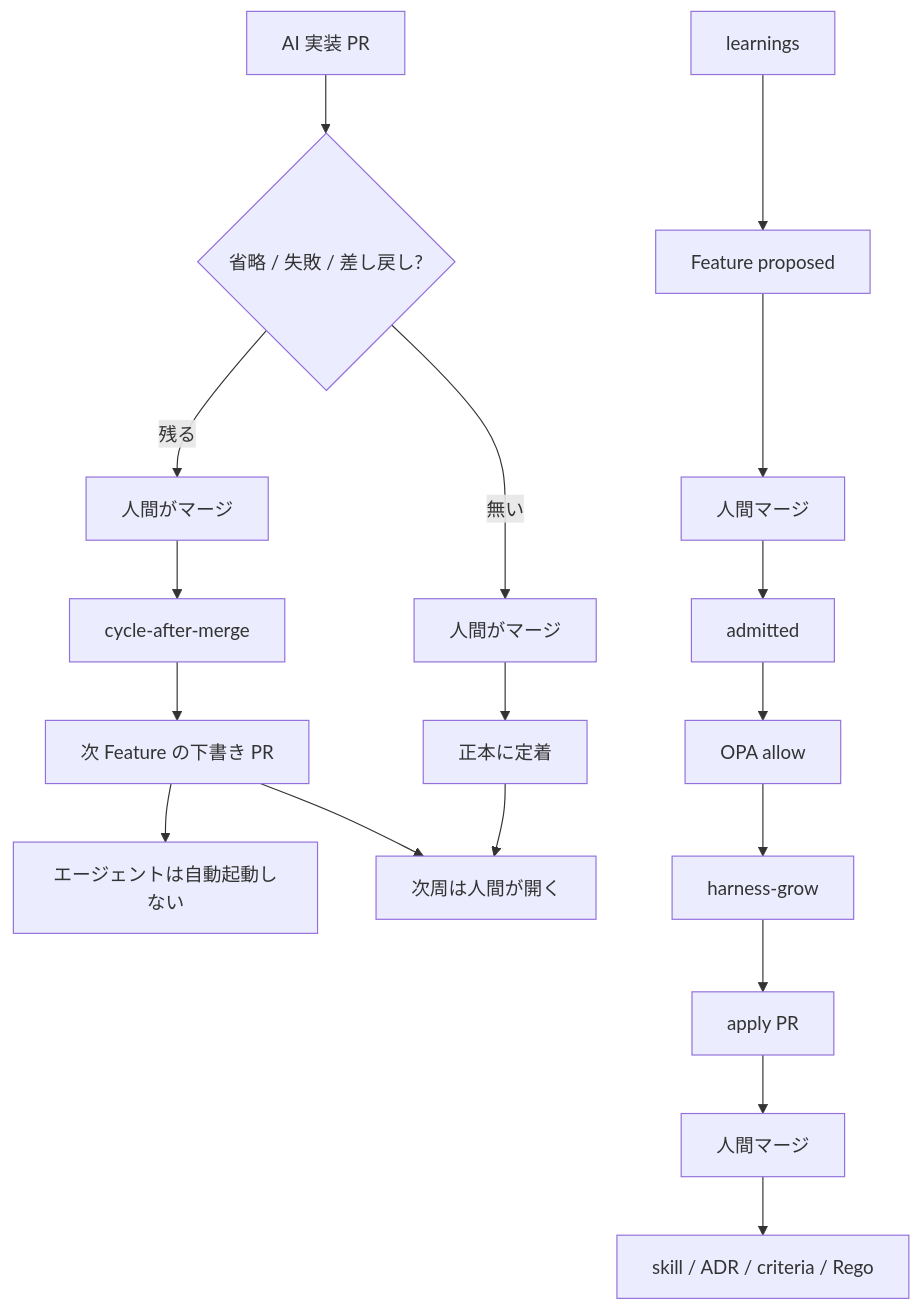
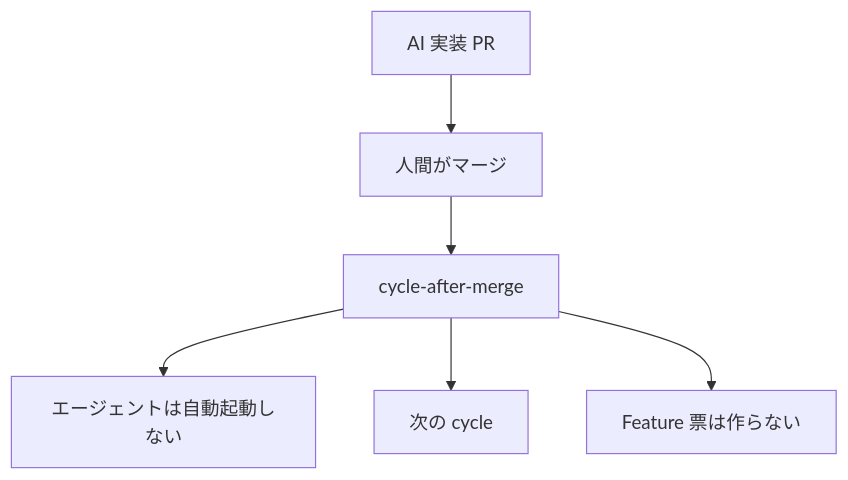
Before and after one commit to marumo333/marumo333-cursor-harness: the fourth of 4 diagrams in README.md, drawn with Mermaid. The commit also changed other lines of this file and 138 other files, not shown here.

````diff
--- a/README.md
+++ b/README.md
@@ -181,20 +179,8 @@
 ```mermaid
 flowchart TD
-  AIPR["AI 実装 PR"] --> Q{"省略 / 失敗 / 差し戻し?"}
-  Q -->|残る| Merge1["人間がマージ"]
-  Q -->|無い| Merge2["人間がマージ"]
+  AIPR["AI 実装 PR"] --> Merge1["人間がマージ"]
   Merge1 --> CAM["cycle-after-merge"]
-  CAM --> Draft["次 Feature の下書き PR"]
-  Draft --> Stop["エージェントは自動起動しない"]
-  Merge2 --> Grow["正本に定着"]
-  Grow --> Next["次周は人間が開く"]
-  Draft --> Next
-  L["learnings"] --> FP["Feature proposed"]
-  FP --> HM2["人間マージ"]
-  HM2 --> Adm["admitted"]
-  Adm --> Allow["OPA allow"]
-  Allow --> HG["harness-grow"]
-  HG --> PR3["apply PR"]
-  PR3 --> HM3["人間マージ"]
-  HM3 --> CanonOut["skill / ADR / criteria / Rego"]
+  CAM --> Stop["エージェントは自動起動しない"]
+  CAM --> Next["次の cycle"]
+  CAM --> NoFeat["Feature 票は作らない"]
 ```
````
